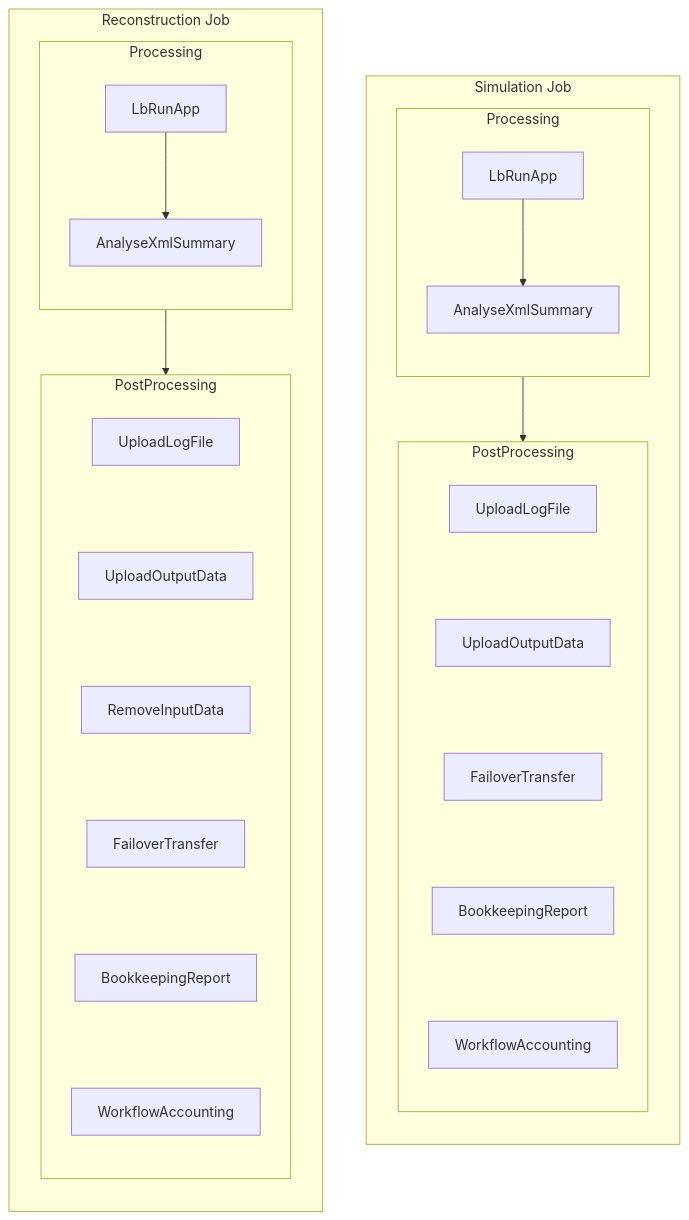
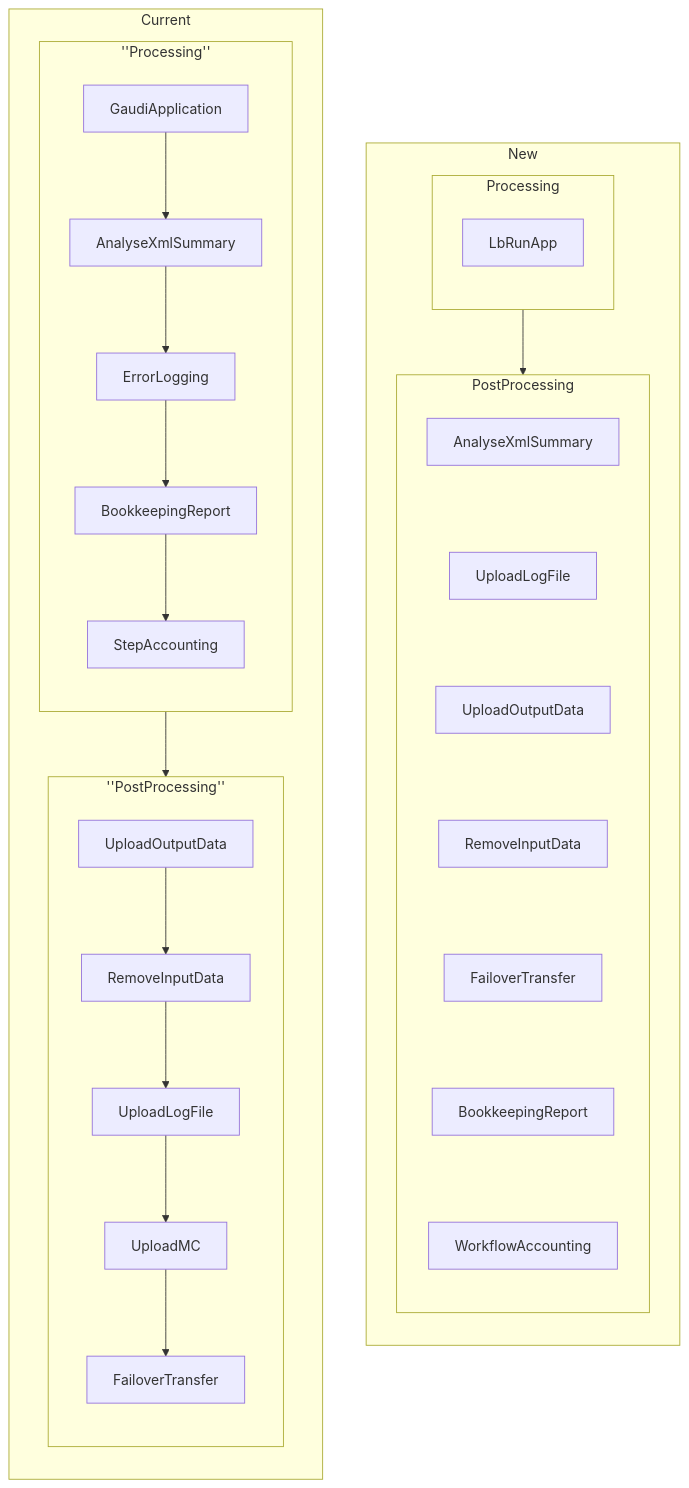
One commit to DIRACGrid/dirac-cwl changed the fourth of 5 diagrams in docs/design/lhcb-workflows.md. Above: the diagram before and after it, drawn with Mermaid. The commit also changed other lines of this file, not shown here.

Commit message:
docs(lhcb-workflows): Add comparisons between current and new system

````diff
--- a/docs/design/lhcb-workflows.md
+++ b/docs/design/lhcb-workflows.md
@@ -51,55 +171,70 @@
 ```mermaid
-flowchart TD
-    subgraph "Simulation Job"
+flowchart LR
+    subgraph Current
         direction TB
-        subgraph Processing0[Processing]
+
+
+        subgraph Processing0[''Processing'']
             direction TB
-            LbRunApp0[LbRunApp]
+
+            GaudiApplication0[GaudiApplication]
             AnalyseXmlSummary0[AnalyseXmlSummary]
-            
-            LbRunApp0 --> AnalyseXmlSummary0
+            ErrorLogging0[ErrorLogging]
+            BookkeepingReport0[BookkeepingReport]
+            StepAccounting0[StepAccounting]
+
+
+            GaudiApplication0 --> AnalyseXmlSummary0
+            AnalyseXmlSummary0 --> ErrorLogging0
+            ErrorLogging0 --> BookkeepingReport0
+            BookkeepingReport0 --> StepAccounting0
         end
-        subgraph PostProcessing0[PostProcessing]
-        direction TB
+
+        subgraph PostProcessing0[''PostProcessing'']
+            direction TB
+
+            UploadOutputData0[UploadOutputData]
+            RemoveInputData0[RemoveInputData]
             UploadLogFile0[UploadLogFile]
-            UploadOutputData0[UploadOutputData]
+            UploadMC0[UploadMC]
             FailoverTransfer0[FailoverTransfer]
-            BookkeepingReport0[BookkeepingReport]
-            WorkflowAccounting0[WorkflowAccounting]
-            
-            UploadLogFile0 ~~~ UploadOutputData0
-            UploadOutputData0 ~~~ FailoverTransfer0
-            FailoverTransfer0 ~~~ BookkeepingReport0
-            BookkeepingReport0 ~~~ WorkflowAccounting0
+
+            UploadOutputData0 --> RemoveInputData0
+            RemoveInputData0 --> UploadLogFile0
+            UploadLogFile0 --> UploadMC0
+            UploadMC0 --> FailoverTransfer0
         end
-        
+
         Processing0 --> PostProcessing0
+
     end
-    
-    subgraph "Reconstruction Job"
+
+    subgraph New
         direction TB
         subgraph Processing1[Processing]
             direction TB
             LbRunApp1[LbRunApp]
-            AnalyseXmlSummary1[AnalyseXmlSummary]
 
-            LbRunApp1 --> AnalyseXmlSummary1
         end
         subgraph PostProcessing1[PostProcessing]
             direction TB
+            AnalyseXmlSummary1[AnalyseXmlSummary]
             UploadLogFile1[UploadLogFile]
             UploadOutputData1[UploadOutputData]
             FailoverTransfer1[FailoverTransfer]
             BookkeepingReport1[BookkeepingReport]
             WorkflowAccounting1[WorkflowAccounting]
             RemoveInputData1[RemoveInputData]
 
+            AnalyseXmlSummary1 ~~~ UploadLogFile1
             UploadLogFile1 ~~~ UploadOutputData1
             UploadOutputData1 ~~~ RemoveInputData1
             RemoveInputData1 ~~~ FailoverTransfer1
             FailoverTransfer1 ~~~ BookkeepingReport1
             BookkeepingReport1 ~~~ WorkflowAccounting1
         end
         Processing1 --> PostProcessing1
     end
+
+    Current ~~~ New
 ```
````
